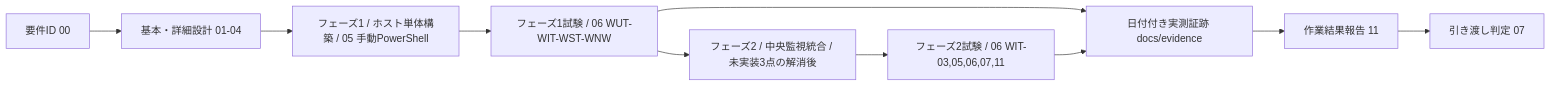
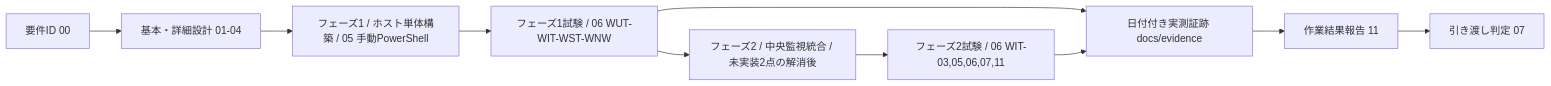
The diagram in docs/build-package-windows/README.md (ns7jp/server), drawn with Mermaid before and after one commit. The commit also changed other lines of this file and 2 other files, not shown here.

````diff
--- a/docs/build-package-windows/README.md
+++ b/docs/build-package-windows/README.md
@@ -19,12 +19,12 @@
 ```mermaid
 flowchart LR
     R["要件ID 00"] --> D["基本・詳細設計 01-04"]
     D --> P1B["フェーズ1 / ホスト単体構築 / 05 手動PowerShell"]
     P1B --> P1T["フェーズ1試験 / 06 WUT-WIT-WST-WNW"]
-    P1T --> P2B["フェーズ2 / 中央監視統合 / 未実装3点の解消後"]
+    P1T --> P2B["フェーズ2 / 中央監視統合 / 未実装2点の解消後"]
     P2B --> P2T["フェーズ2試験 / 06 WIT-03,05,06,07,11"]
     P1T --> E["日付付き実測証跡 docs/evidence"]
     P2T --> E
     E --> W["作業結果報告 11"]
     W --> H["引き渡し判定 07"]
 ```
````
